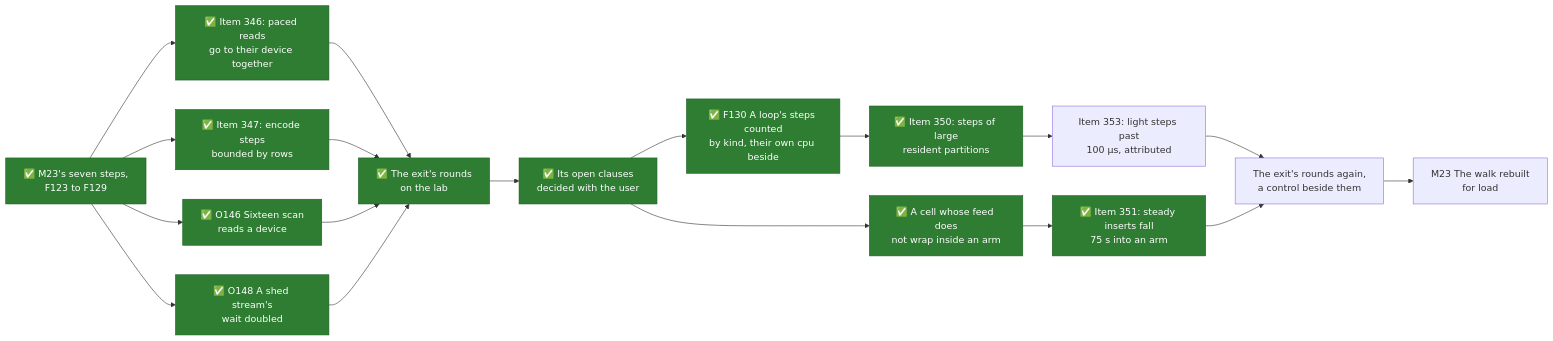
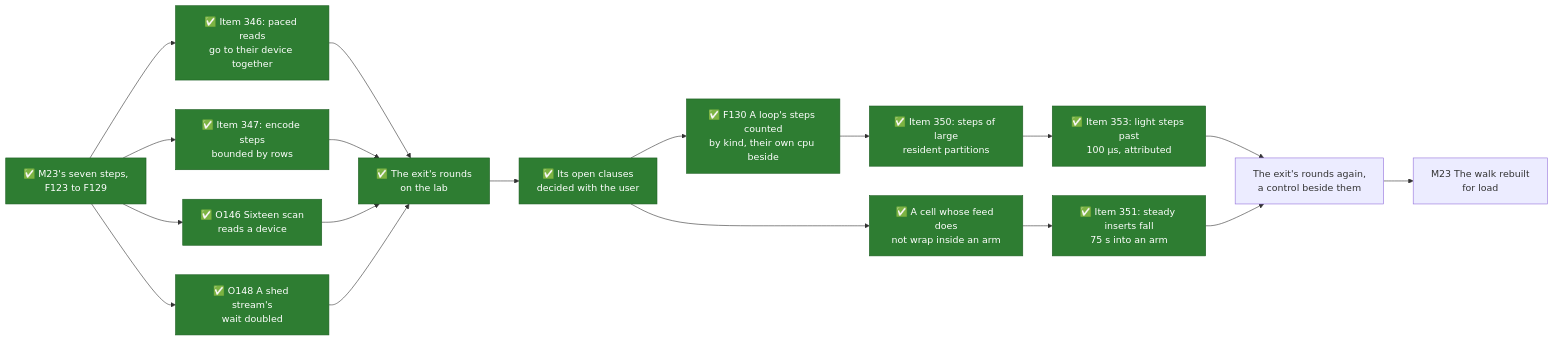
One commit to mjcarson/shoal changed the third of 5 diagrams in docs/src/future-work/scans/whats-left-todo.md. Above: the diagram before and after it, drawn with Mermaid. The commit also changed other lines of this file and 31 other files, not shown here.

````diff
--- a/docs/src/future-work/scans/whats-left-todo.md
+++ b/docs/src/future-work/scans/whats-left-todo.md
@@ -163,26 +166,26 @@
 ```mermaid
 flowchart LR
     classDef done fill:#2e7d32,stroke:#1b5e20,color:#ffffff
     Steps["✅ M23's seven steps,<br>F123 to F129"]:::done
     I346["✅ Item 346: paced reads<br>go to their device together"]:::done
     I347["✅ Item 347: encode steps<br>bounded by rows"]:::done
     O146["✅ O146 Sixteen scan<br>reads a device"]:::done
     O148["✅ O148 A shed stream's<br>wait doubled"]:::done
     Exit["✅ The exit's rounds<br>on the lab"]:::done
     Decided["✅ Its open clauses<br>decided with the user"]:::done
     Count["✅ F130 A loop's steps counted<br>by kind, their own cpu beside"]:::done
     I350["✅ Item 350: steps of large<br>resident partitions"]:::done
-    I353["Item 353: light steps past<br>100 µs, attributed"]
+    I353["✅ Item 353: light steps past<br>100 µs, attributed"]:::done
     Cell["✅ A cell whose feed does<br>not wrap inside an arm"]:::done
     I351["✅ Item 351: steady inserts fall<br>75 s into an arm"]:::done
     Again["The exit's rounds again,<br>a control beside them"]
     M23["M23 The walk rebuilt<br>for load"]
     Steps --> I346 --> Exit
     Steps --> I347 --> Exit
     Steps --> O146 --> Exit
     Steps --> O148 --> Exit
     Exit --> Decided
     Decided --> Count --> I350 --> I353 --> Again
     Decided --> Cell --> I351 --> Again
     Again --> M23
 ```
````
